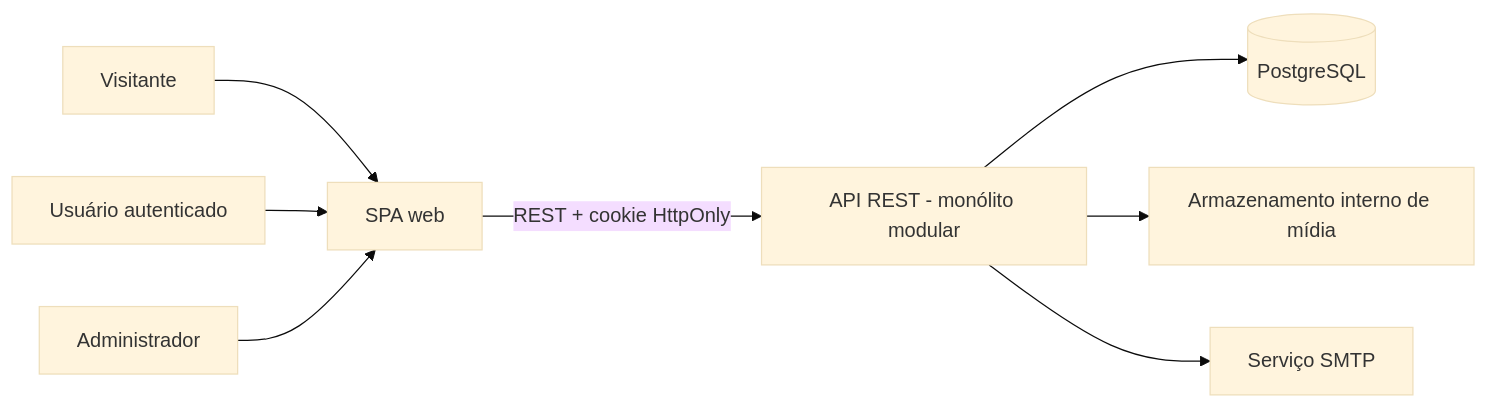
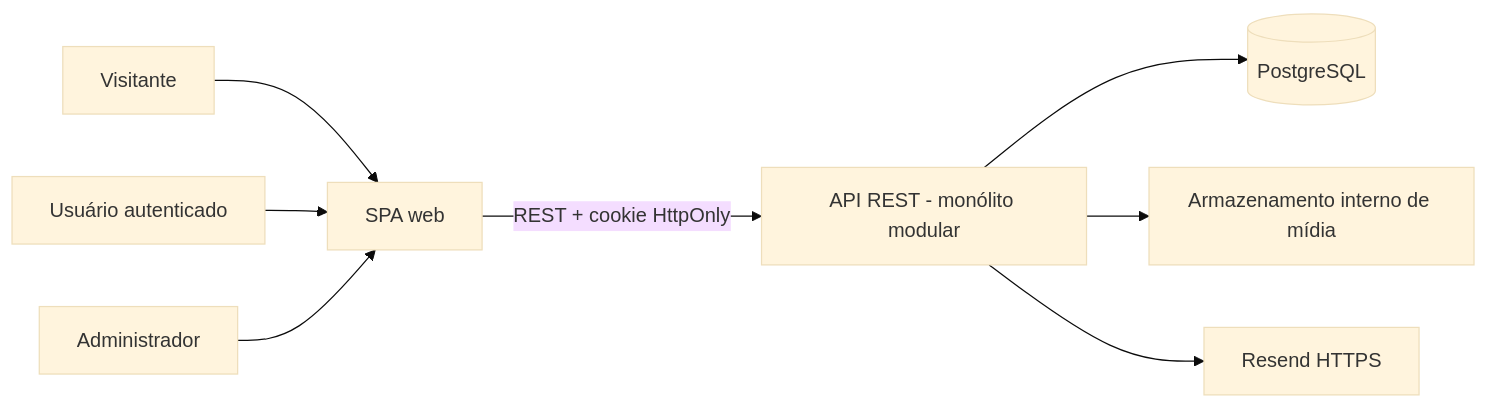
The first of 3 diagrams in 05-Diagramas/Modelo-Textual-para-IA.md (IsaacLeite1309/comanga-docs), drawn with Mermaid (base theme) before and after one commit. The commit also changed other lines of this file and 4 other files, not shown here.

````diff
--- a/05-Diagramas/Modelo-Textual-para-IA.md
+++ b/05-Diagramas/Modelo-Textual-para-IA.md
@@ -37,10 +37,10 @@
 ```mermaid
 flowchart LR
     V[Visitante] --> W[SPA web]
     U[Usuário autenticado] --> W
     A[Administrador] --> W
     W -->|REST + cookie HttpOnly| API[API REST - monólito modular]
     API --> DB[(PostgreSQL)]
     API --> R2[Armazenamento interno de mídia]
-    API --> SMTP[Serviço SMTP]
+    API --> Resend[Resend HTTPS]
 ```
````
